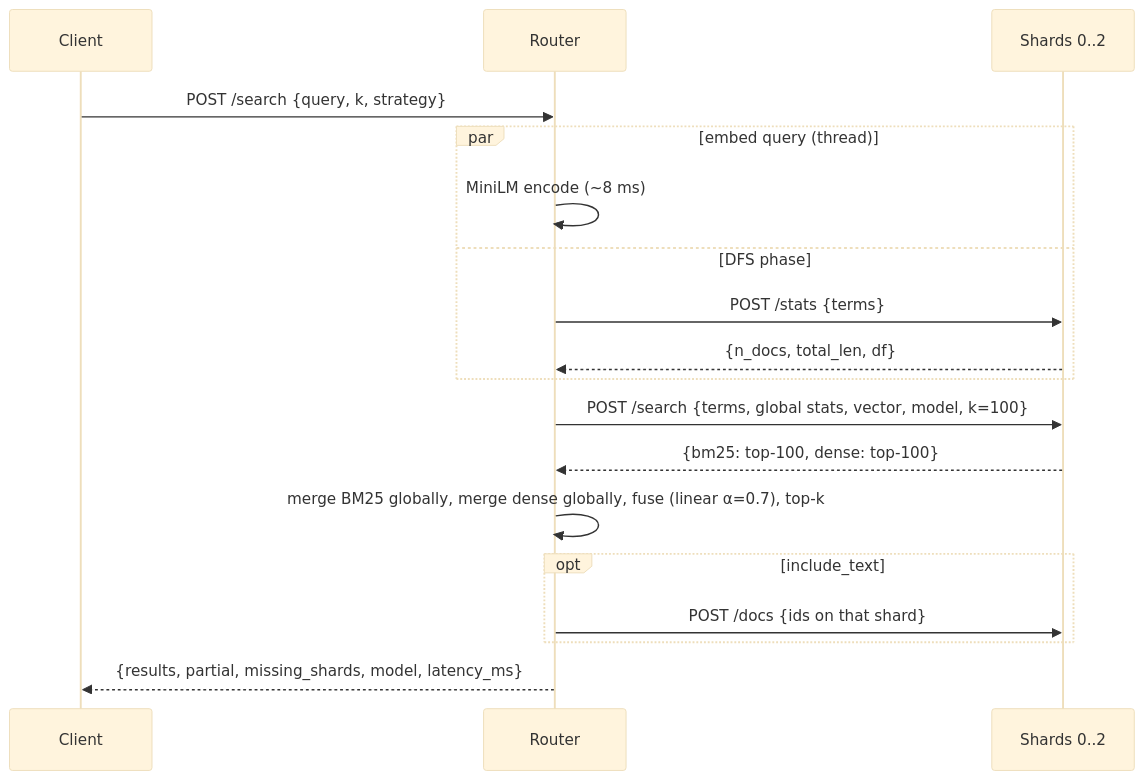
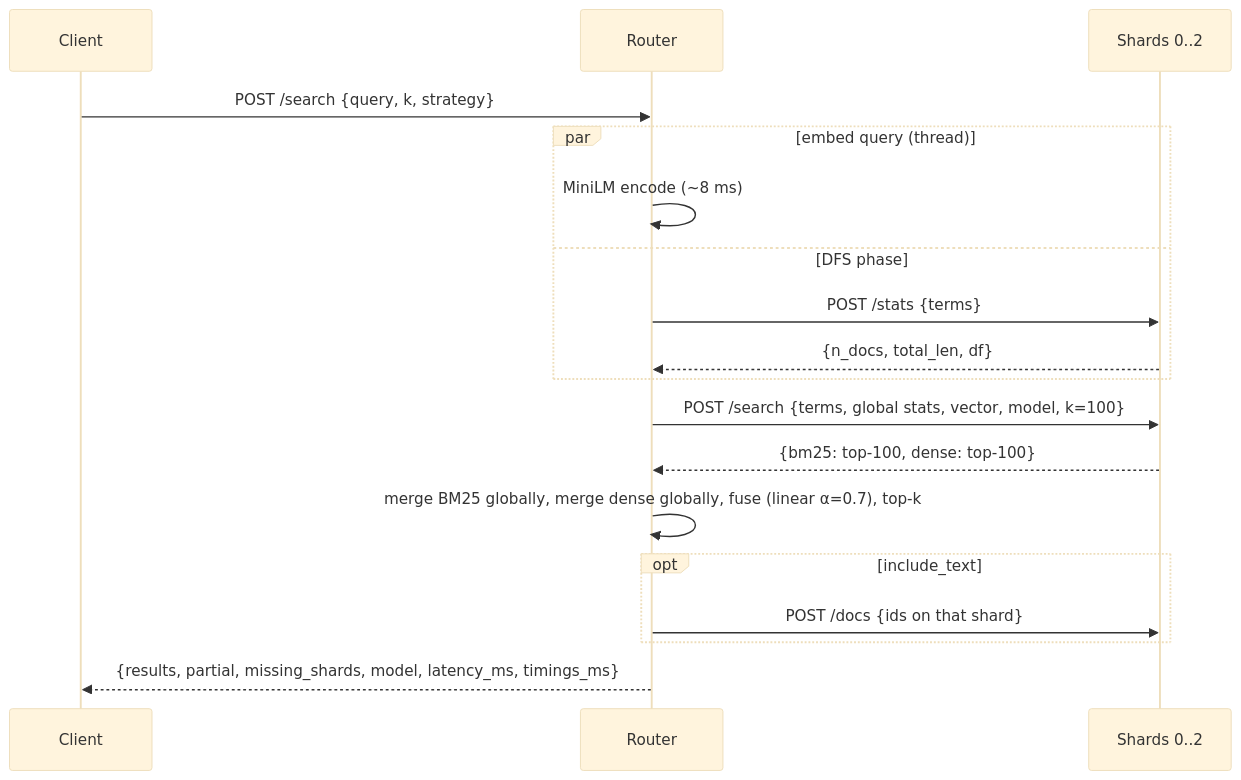
One commit to node31/fiqa-agentic-retrieval changed the diagram in docs/08_sharding_scatter_gather.md. Above: the diagram before and after it, drawn with Mermaid (base theme). The commit also changed other lines of this file and 9 other files, not shown here.

````diff
--- a/docs/08_sharding_scatter_gather.md
+++ b/docs/08_sharding_scatter_gather.md
@@ -26,20 +26,20 @@
 ```mermaid
 sequenceDiagram
   participant C as Client
   participant R as Router
   participant S as Shards 0..2
   C->>R: POST /search {query, k, strategy}
   par embed query (thread)
     R->>R: MiniLM encode (~8 ms)
   and DFS phase
     R->>S: POST /stats {terms}
     S-->>R: {n_docs, total_len, df}
   end
   R->>S: POST /search {terms, global stats, vector, model, k=100}
   S-->>R: {bm25: top-100, dense: top-100}
   R->>R: merge BM25 globally, merge dense globally, fuse (linear α=0.7), top-k
   opt include_text
     R->>S: POST /docs {ids on that shard}
   end
-  R-->>C: {results, partial, missing_shards, model, latency_ms}
+  R-->>C: {results, partial, missing_shards, model, latency_ms, timings_ms}
 ```
````
